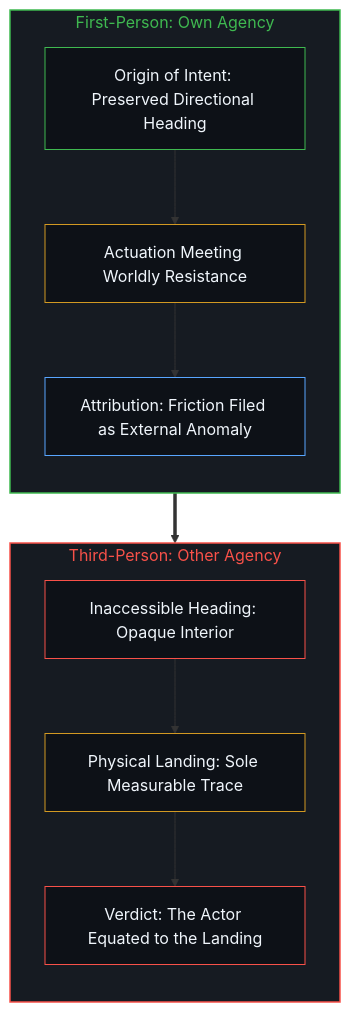
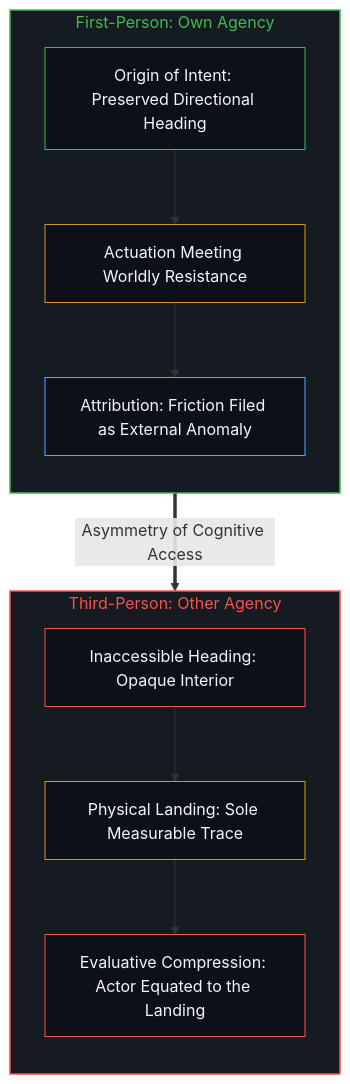
The fourth of 8 diagrams in content/posts/the-unexamined-critic.md (powerpig99/not-a-toe), drawn with Mermaid before and after one commit. The commit also changed other lines of this file and 7 other files, not shown here.

````diff
--- a/content/posts/the-unexamined-critic.md
+++ b/content/posts/the-unexamined-critic.md
@@ -109,29 +98,26 @@
 ```mermaid
 flowchart TD
     subgraph S_Self ["First-Person: Own Agency"]
         direction TB
         SelfIntent["Origin of Intent: Preserved Directional Heading"]
         SelfAction["Actuation Meeting Worldly Resistance"]
         SelfExcuse["Attribution: Friction Filed as External Anomaly"]
         SelfIntent --> SelfAction --> SelfExcuse
     end
-
     subgraph S_Other ["Third-Person: Other Agency"]
         direction TB
         OtherHidden["Inaccessible Heading: Opaque Interior"]
         OtherTrace["Physical Landing: Sole Measurable Trace"]
-        OtherVerdict["Verdict: The Actor Equated to the Landing"]
+        OtherVerdict["Evaluative Compression: Actor Equated to the Landing"]
         OtherHidden --> OtherTrace --> OtherVerdict
     end
-
-    S_Self ==> S_Other
-
+    S_Self ==>|"Asymmetry of Cognitive Access"| S_Other
     style S_Self fill:#161b22,stroke:#3fb950,stroke-width:1.5px,color:#3fb950
     style S_Other fill:#161b22,stroke:#f85149,stroke-width:1.5px,color:#f85149
     style SelfIntent fill:#0d1117,stroke:#3fb950,stroke-width:1px,color:#f0f6fc
     style SelfAction fill:#0d1117,stroke:#d29922,stroke-width:1px,color:#f0f6fc
     style SelfExcuse fill:#0d1117,stroke:#58a6ff,stroke-width:1px,color:#f0f6fc
     style OtherHidden fill:#0d1117,stroke:#f85149,stroke-width:1px,color:#f0f6fc
     style OtherTrace fill:#0d1117,stroke:#d29922,stroke-width:1px,color:#f0f6fc
     style OtherVerdict fill:#0d1117,stroke:#f85149,stroke-width:1px,color:#f0f6fc
 ```
````
